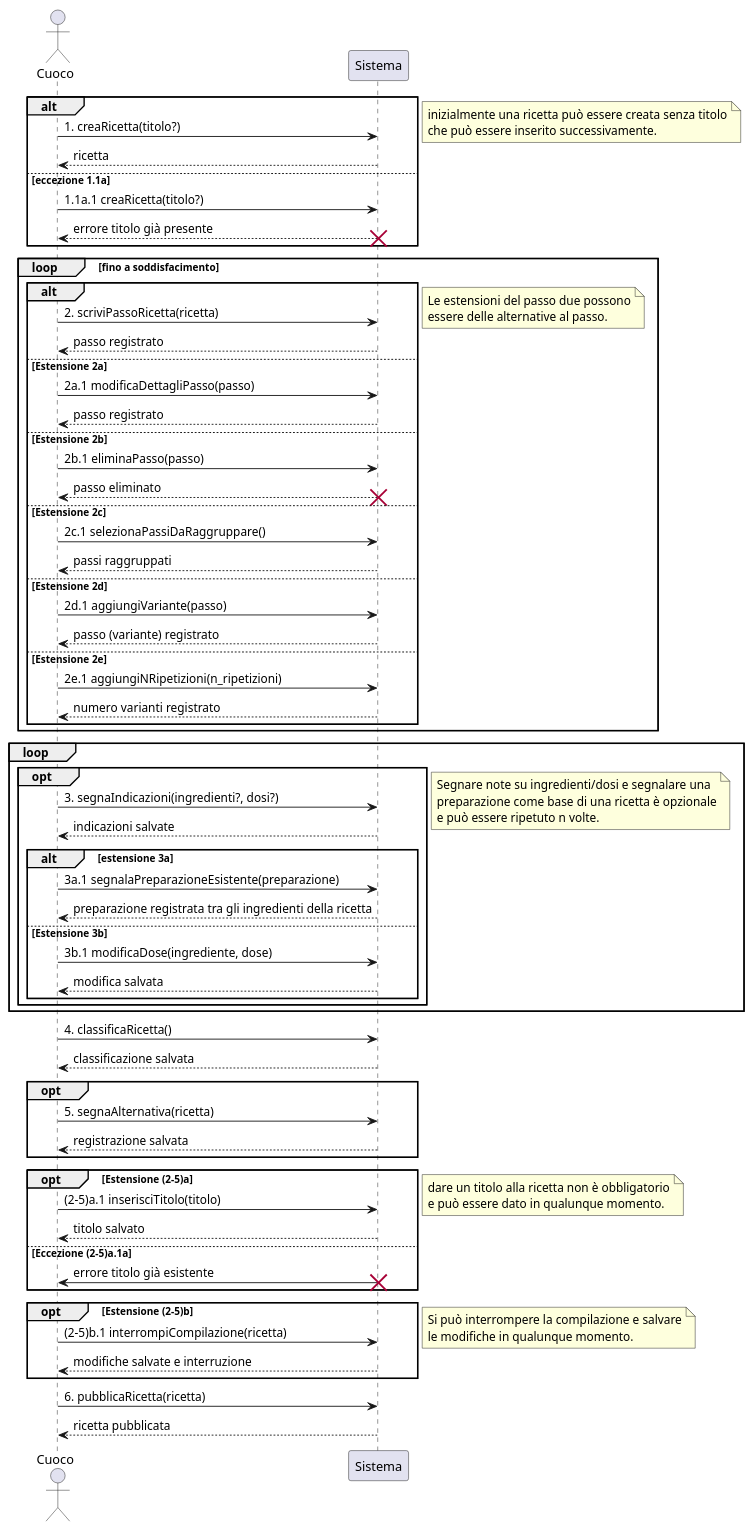
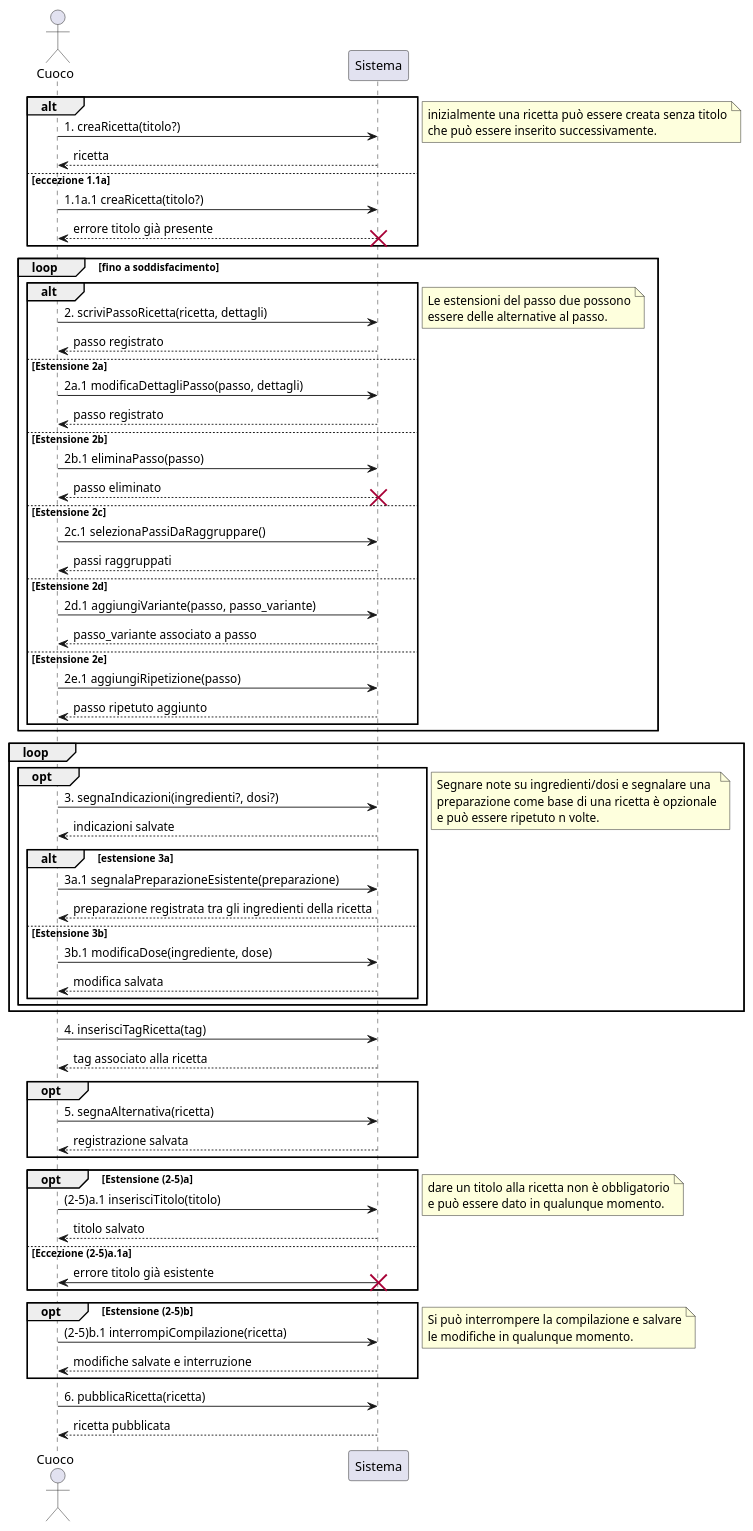
The diagram in ssd/ssd-ricette.md (m0canu1/sas), drawn with PlantUML before and after one commit. The commit also changed 2 other files, not shown here.

Commit message:
ssd rinnovati, contratto eventi corretto

````diff
--- a/ssd/ssd-ricette.md
+++ b/ssd/ssd-ricette.md
@@ -1,82 +1,82 @@
 ```plantuml
 
 actor Cuoco
 participant Sistema
 
 alt 
 Cuoco -> Sistema : 1. creaRicetta(titolo?)
 	Sistema --> Cuoco : ricetta
 else eccezione 1.1a
 Cuoco -> Sistema : 1.1a.1 creaRicetta(titolo?)
 	
 	Sistema --> Cuoco : errore titolo già presente
 	destroy Sistema
 end
 note right: inizialmente una ricetta può essere creata senza titolo\nche può essere inserito successivamente.
 loop fino a soddisfacimento 
 		alt 
-		Cuoco -> Sistema : 2. scriviPassoRicetta(ricetta)
+		Cuoco -> Sistema : 2. scriviPassoRicetta(ricetta, dettagli)
 		Sistema --> Cuoco : passo registrato
 		else Estensione 2a
-			Cuoco -> Sistema: 2a.1 modificaDettagliPasso(passo)
+			Cuoco -> Sistema: 2a.1 modificaDettagliPasso(passo, dettagli)
 			Sistema --> Cuoco: passo registrato 
 		else Estensione 2b
 			Cuoco -> Sistema: 2b.1 eliminaPasso(passo)
 			Sistema --> Cuoco: passo eliminato
 			destroy Sistema 
         else Estensione 2c
             Cuoco -> Sistema: 2c.1 selezionaPassiDaRaggruppare()
             Sistema --> Cuoco: passi raggruppati
         else Estensione 2d
-            Cuoco -> Sistema : 2d.1 aggiungiVariante(passo)
-            Sistema --> Cuoco: passo (variante) registrato
+            Cuoco -> Sistema : 2d.1 aggiungiVariante(passo, passo_variante)
+            Sistema --> Cuoco: passo_variante associato a passo
         else Estensione 2e
-            Cuoco -> Sistema : 2e.1 aggiungiNRipetizioni(n_ripetizioni)
-            Sistema --> Cuoco: numero varianti registrato
+            Cuoco -> Sistema : 2e.1 aggiungiRipetizione(passo)
+            Sistema --> Cuoco: passo ripetuto aggiunto
         end
 		note right: Le estensioni del passo due possono\nessere delle alternative al passo.
 end
 
 loop
 	opt	
 			Cuoco -> Sistema : 3. segnaIndicazioni(ingredienti?, dosi?)
 			Sistema --> Cuoco : indicazioni salvate
 			alt estensione 3a
 				Cuoco -> Sistema : 3a.1 segnalaPreparazioneEsistente(preparazione)
 				Sistema --> Cuoco : preparazione registrata tra gli ingredienti della ricetta
 			else Estensione 3b
 				Cuoco -> Sistema : 3b.1 modificaDose(ingrediente, dose)
 				Sistema --> Cuoco: modifica salvata
 			end
 	end
 	note right: Segnare note su ingredienti/dosi e segnalare una\npreparazione come base di una ricetta è opzionale\ne può essere ripetuto n volte.
 
 end
-Cuoco -> Sistema : 4. classificaRicetta()
-Sistema --> Cuoco : classificazione salvata
+Cuoco -> Sistema : 4. inserisciTagRicetta(tag)
+Sistema --> Cuoco : tag associato alla ricetta
 
 opt
     Cuoco -> Sistema : 5. segnaAlternativa(ricetta)
     Sistema --> Cuoco : registrazione salvata
 end
 
 opt Estensione (2-5)a
 		Cuoco -> Sistema : (2-5)a.1 inserisciTitolo(titolo)
 		Sistema --> Cuoco: titolo salvato
 	else Eccezione (2-5)a.1a
 		Sistema -> Cuoco : errore titolo già esistente
 		destroy Sistema
 end
 note right: dare un titolo alla ricetta non è obbligatorio\ne può essere dato in qualunque momento.
 
 opt Estensione (2-5)b
 	Cuoco -> Sistema :(2-5)b.1 interrompiCompilazione(ricetta)
 	Sistema --> Cuoco : modifiche salvate e interruzione
 end
 note right: Si può interrompere la compilazione e salvare\nle modifiche in qualunque momento.
 
 Cuoco -> Sistema : 6. pubblicaRicetta(ricetta)
 Sistema --> Cuoco : ricetta pubblicata
 
 
 ```
````
